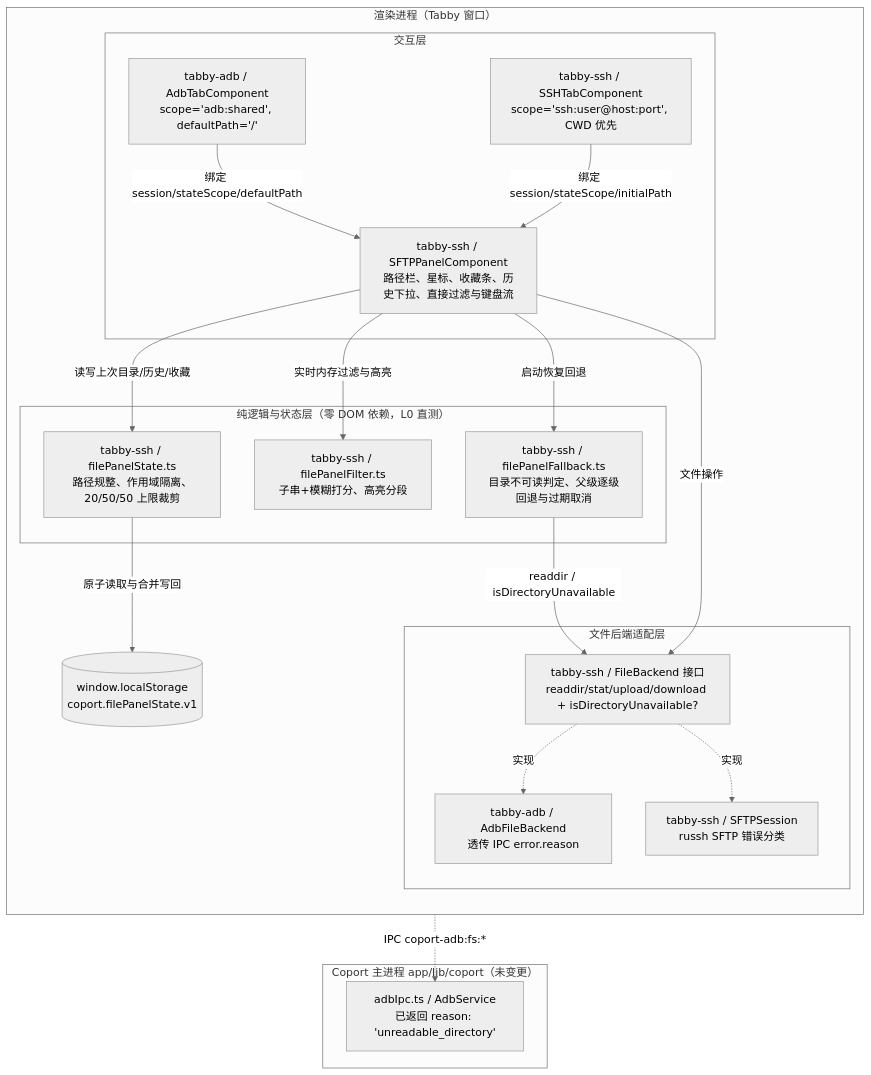
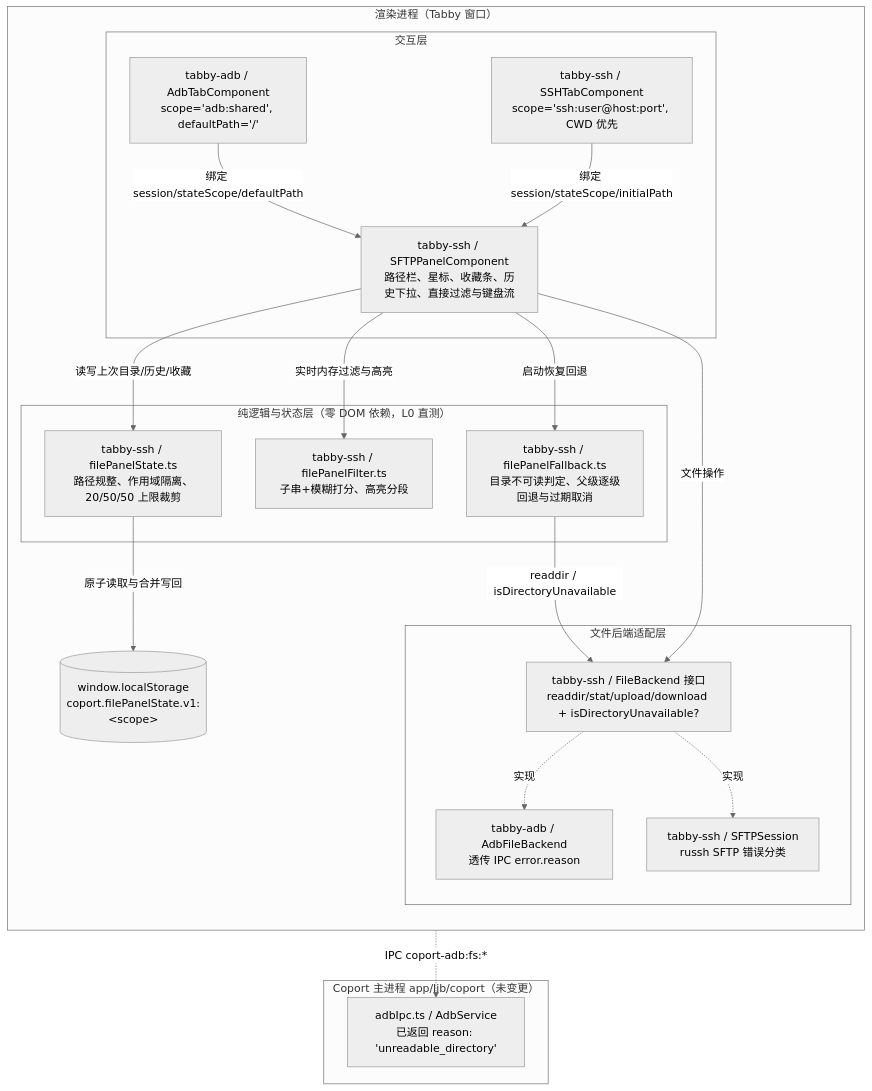
Before and after one commit to UberPrinz/coport: the first of 3 diagrams in docs/specs/file-panel-navigation.md, drawn with Mermaid (neutral theme). The commit also changed other lines of this file and 15 other files, not shown here.

Commit message:
fix(coport): address round-1 review findings for file panel navigation

````diff
--- a/docs/specs/file-panel-navigation.md
+++ b/docs/specs/file-panel-navigation.md
@@ -39,37 +39,37 @@
 ```mermaid
 flowchart TB
     subgraph REN["渲染进程（Tabby 窗口）"]
         direction TB
         subgraph UI["交互层"]
             ADBTAB["tabby-adb / AdbTabComponent<br/>scope='adb:shared', defaultPath='/'"]
             SSHTAB["tabby-ssh / SSHTabComponent<br/>scope='ssh:user@host:port', CWD 优先"]
             PANEL["tabby-ssh / SFTPPanelComponent<br/>路径栏、星标、收藏条、历史下拉、直接过滤与键盘流"]
         end
         subgraph LOGIC["纯逻辑与状态层（零 DOM 依赖，L0 直测）"]
             STATE["tabby-ssh / filePanelState.ts<br/>路径规整、作用域隔离、20/50/50 上限裁剪"]
             FILTER["tabby-ssh / filePanelFilter.ts<br/>子串+模糊打分、高亮分段"]
             FALLBACK["tabby-ssh / filePanelFallback.ts<br/>目录不可读判定、父级逐级回退与过期取消"]
         end
         subgraph BACKEND["文件后端适配层"]
             IFACE["tabby-ssh / FileBackend 接口<br/>readdir/stat/upload/download + isDirectoryUnavailable?"]
             ADBFB["tabby-adb / AdbFileBackend<br/>透传 IPC error.reason"]
             SFTPS["tabby-ssh / SFTPSession<br/>russh SFTP 错误分类"]
         end
-        STORE[("window.localStorage<br/>coport.filePanelState.v1")]
+        STORE[("window.localStorage<br/>coport.filePanelState.v1:&lt;scope&gt;")]
 
         ADBTAB -->|"绑定 session/stateScope/defaultPath"| PANEL
         SSHTAB -->|"绑定 session/stateScope/initialPath"| PANEL
         PANEL -->|"读写上次目录/历史/收藏"| STATE
         PANEL -->|"实时内存过滤与高亮"| FILTER
         PANEL -->|"启动恢复回退"| FALLBACK
         FALLBACK -->|"readdir / isDirectoryUnavailable"| IFACE
         PANEL -->|"文件操作"| IFACE
         IFACE -.->|"实现"| ADBFB
         IFACE -.->|"实现"| SFTPS
         STATE -->|"原子读取与合并写回"| STORE
     end
     subgraph MAIN["Coport 主进程 app/lib/coport（未变更）"]
         AIPC["adbIpc.ts / AdbService<br/>已返回 reason: 'unreadable_directory'"]
     end
     ADBFB -.->|"IPC coport-adb:fs:*"| AIPC
 ```
````
